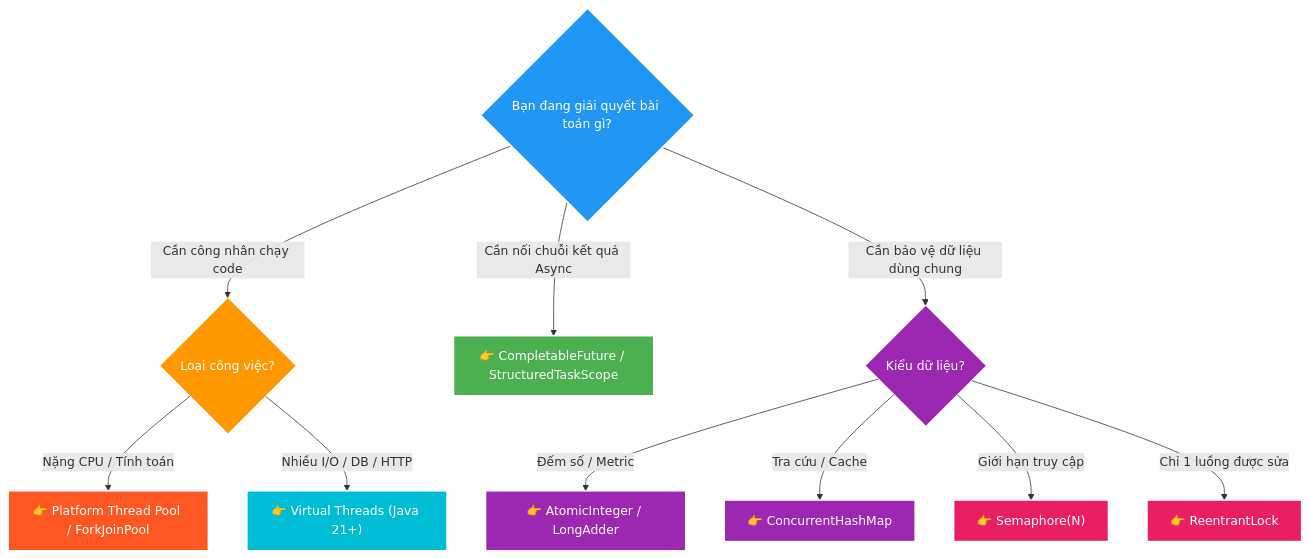
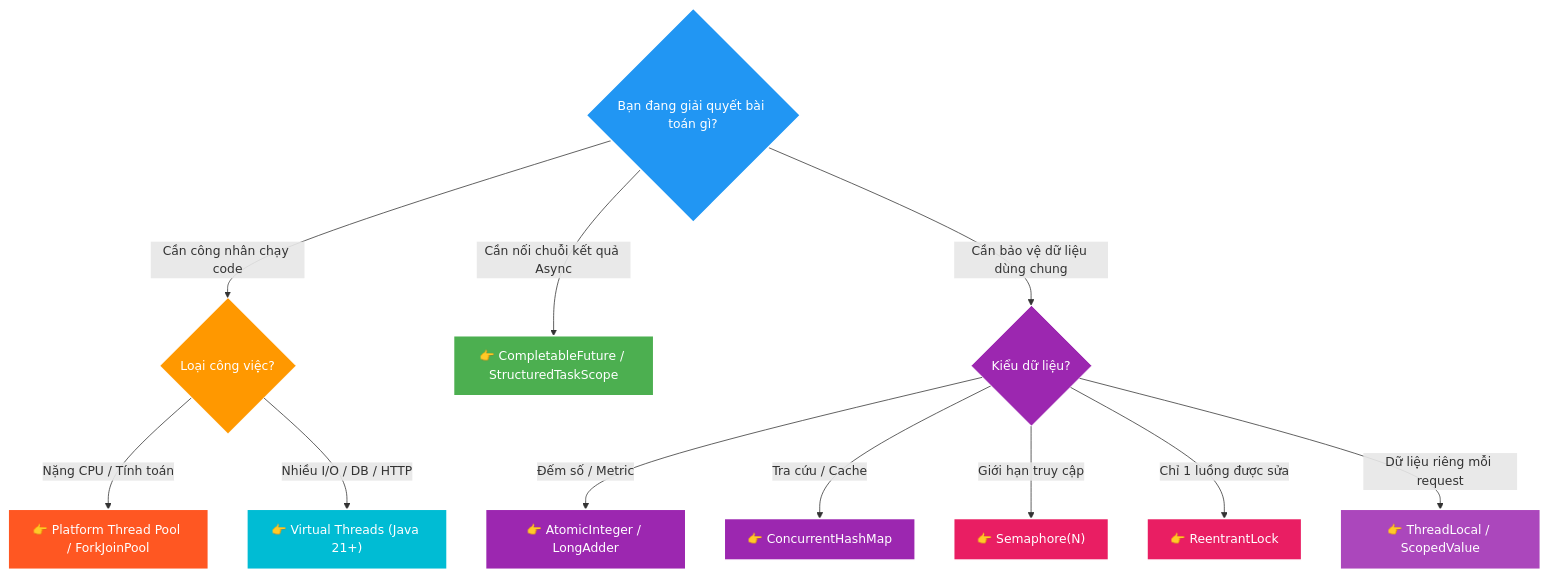
The second of 2 diagrams in manual/learning/deep-dive/java-concurrency/00-overview-mental-model.md (HungPhan200591/file-mngt-be-v2), drawn with Mermaid before and after one commit. The commit also changed other lines of this file, not shown here.

Commit message:
feat(docs): enhance Java concurrency overview with detailed explanations of Process, Thread, and ThreadLocal

````diff
--- a/manual/learning/deep-dive/java-concurrency/00-overview-mental-model.md
+++ b/manual/learning/deep-dive/java-concurrency/00-overview-mental-model.md
@@ -164,26 +250,28 @@
 ```mermaid
 flowchart TD
     Q1{"Bạn đang giải quyết bài toán gì?"}
     Q1 -->|"Cần công nhân chạy code"| Q2{"Loại công việc?"}
     Q1 -->|"Cần nối chuỗi kết quả Async"| RES["👉 CompletableFuture / StructuredTaskScope"]
     Q1 -->|"Cần bảo vệ dữ liệu dùng chung"| Q3{"Kiểu dữ liệu?"}
 
     Q2 -->|"Nặng CPU / Tính toán"| PT["👉 Platform Thread Pool / ForkJoinPool"]
     Q2 -->|"Nhiều I/O / DB / HTTP"| VT["👉 Virtual Threads (Java 21+)"]
 
     Q3 -->|"Đếm số / Metric"| ATM["👉 AtomicInteger / LongAdder"]
     Q3 -->|"Tra cứu / Cache"| CHM["👉 ConcurrentHashMap"]
     Q3 -->|"Giới hạn truy cập"| SEM["👉 Semaphore(N)"]
     Q3 -->|"Chỉ 1 luồng được sửa"| RLK["👉 ReentrantLock"]
+    Q3 -->|"Dữ liệu riêng mỗi request"| TL["👉 ThreadLocal / ScopedValue"]
 
     style Q1 fill:#2196F3,stroke:#fff,stroke-width:2px,color:#fff
     style Q2 fill:#FF9800,stroke:#fff,stroke-width:1px,color:#fff
     style Q3 fill:#9C27B0,stroke:#fff,stroke-width:1px,color:#fff
     style RES fill:#4CAF50,stroke:#fff,stroke-width:2px,color:#fff
     style PT fill:#FF5722,stroke:#fff,stroke-width:2px,color:#fff
     style VT fill:#00BCD4,stroke:#fff,stroke-width:2px,color:#fff
     style ATM fill:#9C27B0,stroke:#fff,stroke-width:2px,color:#fff
     style CHM fill:#9C27B0,stroke:#fff,stroke-width:2px,color:#fff
     style SEM fill:#E91E63,stroke:#fff,stroke-width:2px,color:#fff
     style RLK fill:#E91E63,stroke:#fff,stroke-width:2px,color:#fff
+    style TL fill:#AB47BC,stroke:#fff,stroke-width:2px,color:#fff
 ```
````
